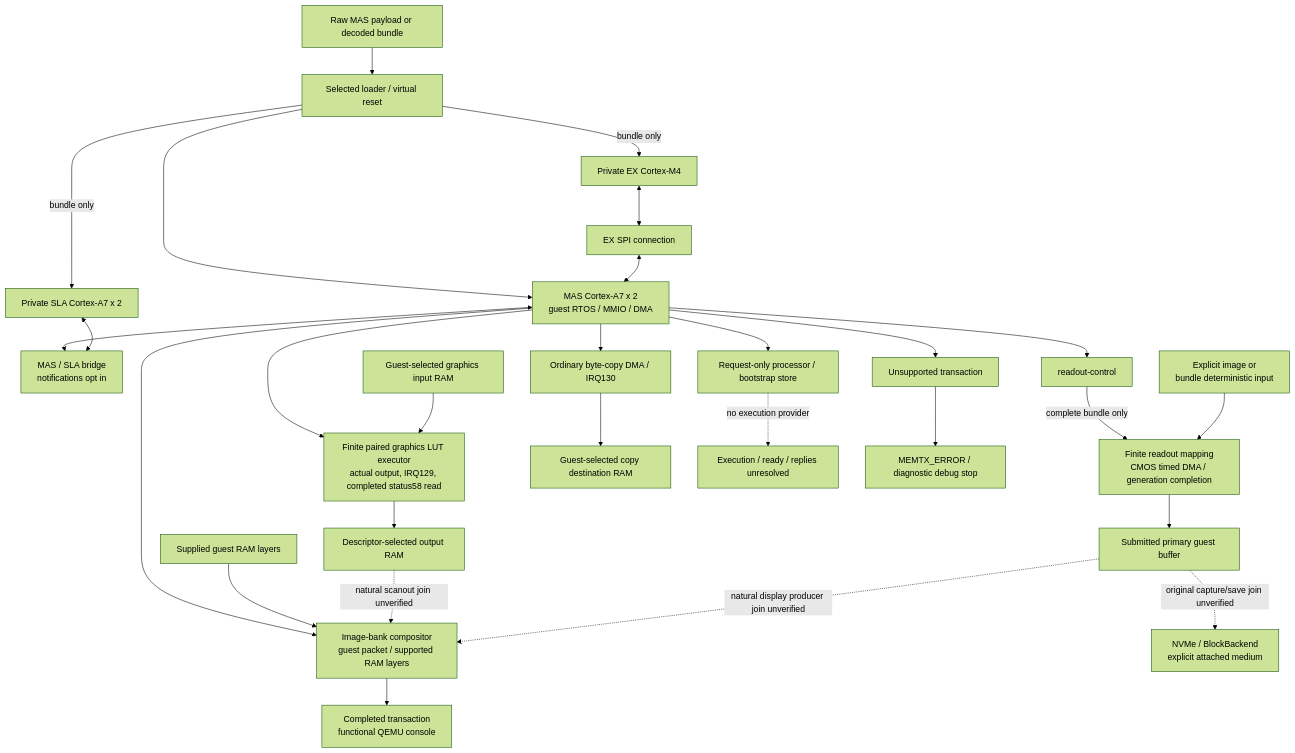
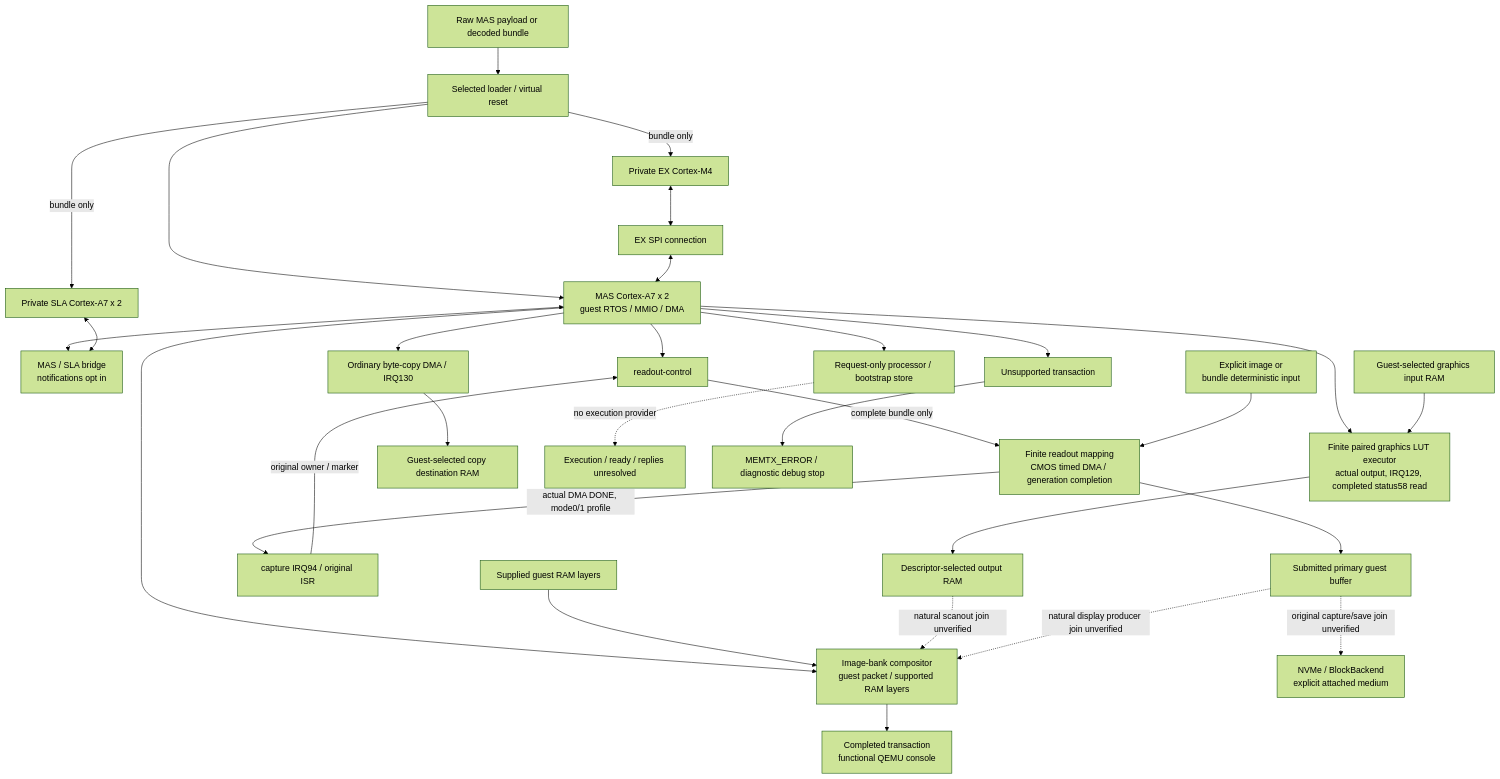
The diagram in README.md (nightglasses/z7ii-qemu), drawn with Mermaid (forest theme) before and after one commit. The commit also changed other lines of this file and 15 other files, not shown here.

Commit message:
Model initial readout run and DMA completion lifecycle

````diff
--- a/README.md
+++ b/README.md
@@ -277,31 +287,33 @@
 ```mermaid
 flowchart TD
   Input["Raw MAS payload or decoded bundle"] --> Loader["Selected loader / virtual reset"]
   Loader --> MAS["MAS Cortex-A7 x 2<br/>guest RTOS / MMIO / DMA"]
   Loader -->|"bundle only"| SLA["Private SLA Cortex-A7 x 2"]
   Loader -->|"bundle only"| EX["Private EX Cortex-M4"]
   MAS <--> Bridge["MAS / SLA bridge<br/>notifications opt in"]
   SLA <--> Bridge
   EX <--> SPI["EX SPI connection"]
   SPI <--> MAS
 
   MAS --> Readout["readout-control"]
   Readout -->|"complete bundle only"| CMOS["Finite readout mapping<br/>CMOS timed DMA / generation completion"]
   Source["Explicit image or<br/>bundle deterministic input"] --> CMOS
   CMOS --> RAM["Submitted primary guest buffer"]
+  CMOS -->|"actual DMA DONE, mode0/1 profile"| CaptureIRQ["capture IRQ94 / original ISR"]
+  CaptureIRQ -->|"original owner / marker"| Readout
   MAS --> Graphics["Finite paired graphics LUT executor<br/>actual output, IRQ129, completed status58 read"]
   GraphicsRAM["Guest-selected graphics input RAM"] --> Graphics
   Graphics --> Output["Descriptor-selected output RAM"]
   MAS --> Copy["Ordinary byte-copy DMA / IRQ130"]
   Copy --> CopyRAM["Guest-selected copy destination RAM"]
   MAS --> Banks["Image-bank compositor<br/>guest packet / supported RAM layers"]
   DisplayRAM["Supplied guest RAM layers"] --> Banks
   Output -. "natural scanout join unverified" .-> Banks
   RAM -. "natural display producer join unverified" .-> Banks
   Banks --> Console["Completed transaction<br/>functional QEMU console"]
   RAM -. "original capture/save join unverified" .-> Storage["NVMe / BlockBackend<br/>explicit attached medium"]
   MAS --> Processor["Request-only processor / bootstrap store"]
   Processor -. "no execution provider" .-> Pending["Execution / ready / replies unresolved"]
   MAS --> Unknown["Unsupported transaction"]
   Unknown --> Stop["MEMTX_ERROR / diagnostic debug stop"]
 ```
````
